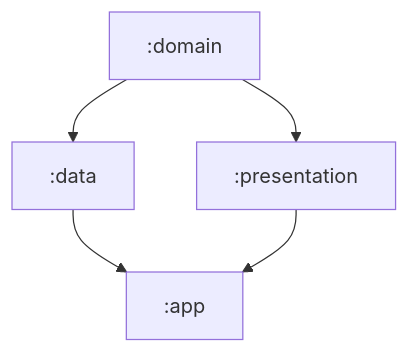
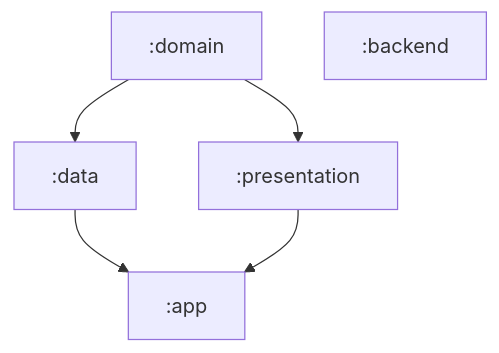
The diagram in README.md (vafeenHub/Android-FCM-with-Kotlin-Backend-example), drawn with Mermaid before and after one commit. The commit also changed other lines of this file, not shown here.

````diff
--- a/README.md
+++ b/README.md
@@ -5,7 +8,8 @@
 ```mermaid 
 graph TD
 :domain --> :data
 :domain --> :presentation 
 :data --> :app 
 :presentation --> :app 
+:backend 
 ```
````
